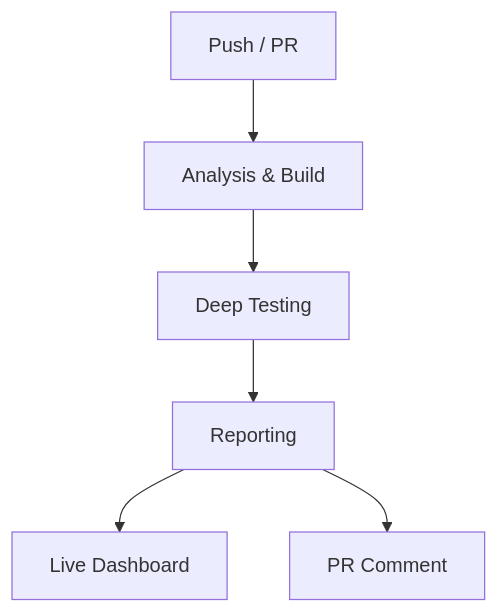
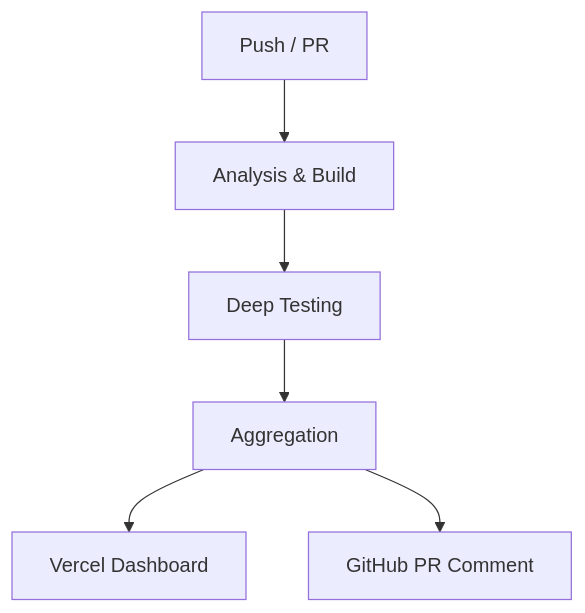
One commit to jmrplens/jmrp.io changed the diagram in README.md. Above: the diagram before and after it, drawn with Mermaid. The commit also changed other lines of this file and 27 other files, not shown here.

First line of the commit message:
ci: fix dashboard reporting and update project documentation (#131)

````diff
--- a/README.md
+++ b/README.md
@@ -184,8 +138,8 @@
 ```mermaid
 graph TD
     Trigger[Push / PR] --> Phase1[Analysis & Build]
     Phase1 --> Phase2[Deep Testing]
-    Phase2 --> Phase3[Reporting]
-    Phase3 --> Dashboard[Live Dashboard]
-    Phase3 --> Comment[PR Comment]
+    Phase2 --> Phase3[Aggregation]
+    Phase3 --> Dashboard[Vercel Dashboard]
+    Phase3 --> Comment[GitHub PR Comment]
 ```
````
